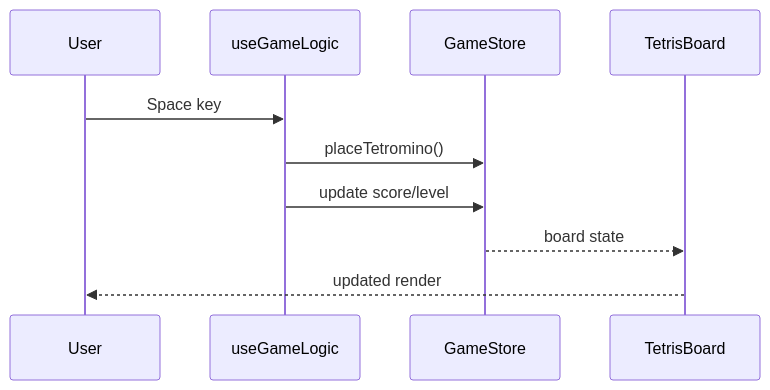
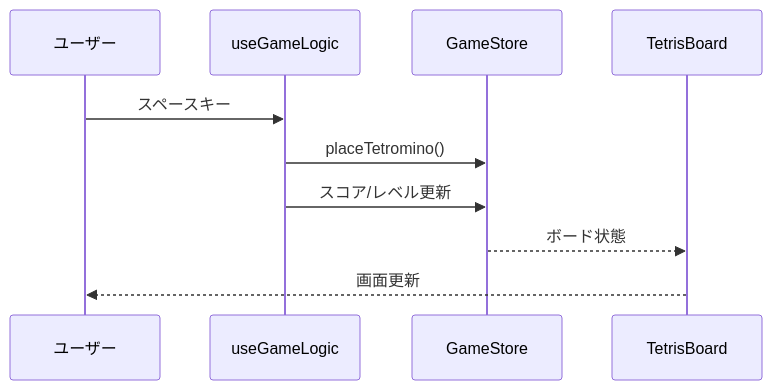
One commit to garchomp-game/tetris-create-test-codex_gpt5 changed the third of 3 diagrams in docs/design.md. Above: the diagram before and after it, drawn with Mermaid. The commit also changed other lines of this file and 1 other file, not shown here.

Commit message:
Translate documentation to Japanese and fix class diagram

````diff
--- a/docs/design.md
+++ b/docs/design.md
@@ -65,12 +66,12 @@
 ```mermaid
 sequenceDiagram
-  participant U as User
+  participant U as ユーザー
   participant GL as useGameLogic
   participant GS as GameStore
   participant B as TetrisBoard
-  U->>GL: Space key
+  U->>GL: スペースキー
   GL->>GS: placeTetromino()
-  GL->>GS: update score/level
-  GS-->>B: board state
-  B-->>U: updated render
+  GL->>GS: スコア/レベル更新
+  GS-->>B: ボード状態
+  B-->>U: 画面更新
 ```
````
